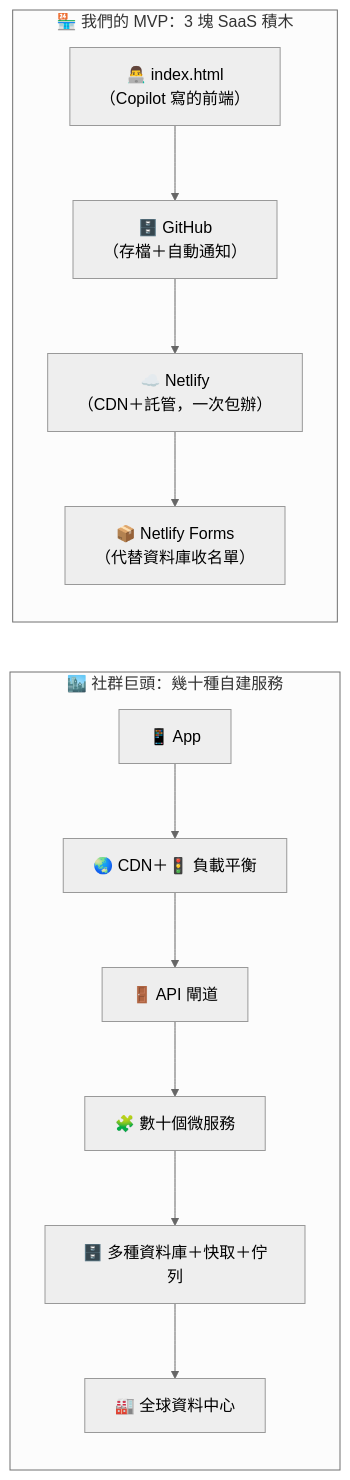
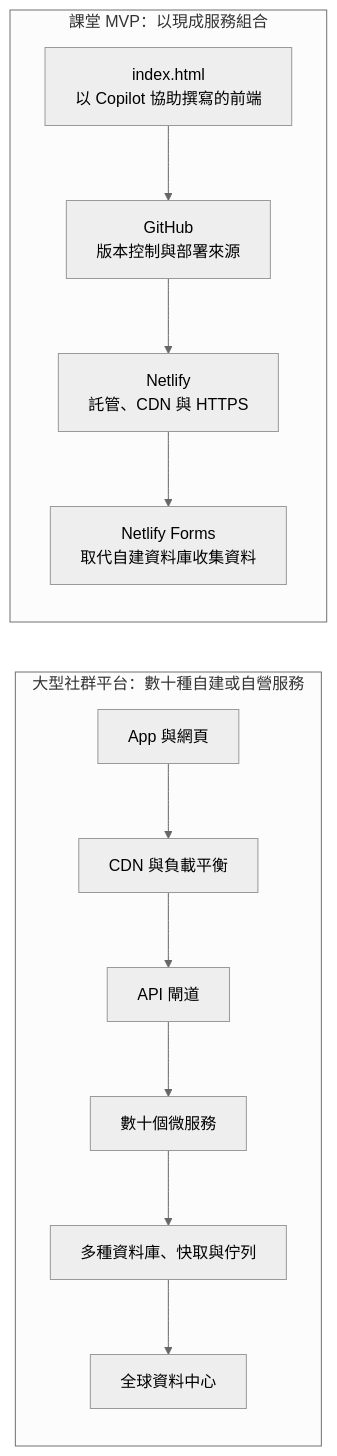
The fifth of 5 diagrams in lectures/wk01_1007_saas-storefront/social_media_architecture.md (cychiang-ntpu/VibeNTPU), drawn with Mermaid (neutral theme) before and after one commit. The commit also changed other lines of this file and 43 other files, not shown here.

````diff
--- a/lectures/wk01_1007_saas-storefront/social_media_architecture.md
+++ b/lectures/wk01_1007_saas-storefront/social_media_architecture.md
@@ -191,11 +335,11 @@
 ```mermaid
 flowchart LR
-    subgraph BIG["🏙️ 社群巨頭：幾十種自建服務"]
+    subgraph BIG["大型社群平台：數十種自建或自營服務"]
         direction TB
-        b1["📱 App"] --> b2["🌏 CDN＋🚦 負載平衡"] --> b3["🚪 API 閘道"] --> b4["🧩 數十個微服務"] --> b5["🗄️ 多種資料庫＋快取＋佇列"] --> b6["🏭 全球資料中心"]
+        b1["App 與網頁"] --> b2["CDN 與負載平衡"] --> b3["API 閘道"] --> b4["數十個微服務"] --> b5["多種資料庫、快取與佇列"] --> b6["全球資料中心"]
     end
-    subgraph OURS["🏪 我們的 MVP：3 塊 SaaS 積木"]
+    subgraph OURS["課堂 MVP：以現成服務組合"]
         direction TB
-        o1["👨‍💻 index.html<br/>（Copilot 寫的前端）"] --> o2["🗄️ GitHub<br/>（存檔＋自動通知）"] --> o3["☁️ Netlify<br/>（CDN＋託管，一次包辦）"] --> o4["📦 Netlify Forms<br/>（代替資料庫收名單）"]
+        o1["index.html<br/>以 Copilot 協助撰寫的前端"] --> o2["GitHub<br/>版本控制與部署來源"] --> o3["Netlify<br/>託管、CDN 與 HTTPS"] --> o4["Netlify Forms<br/>取代自建資料庫收集資料"]
     end
 ```
````
